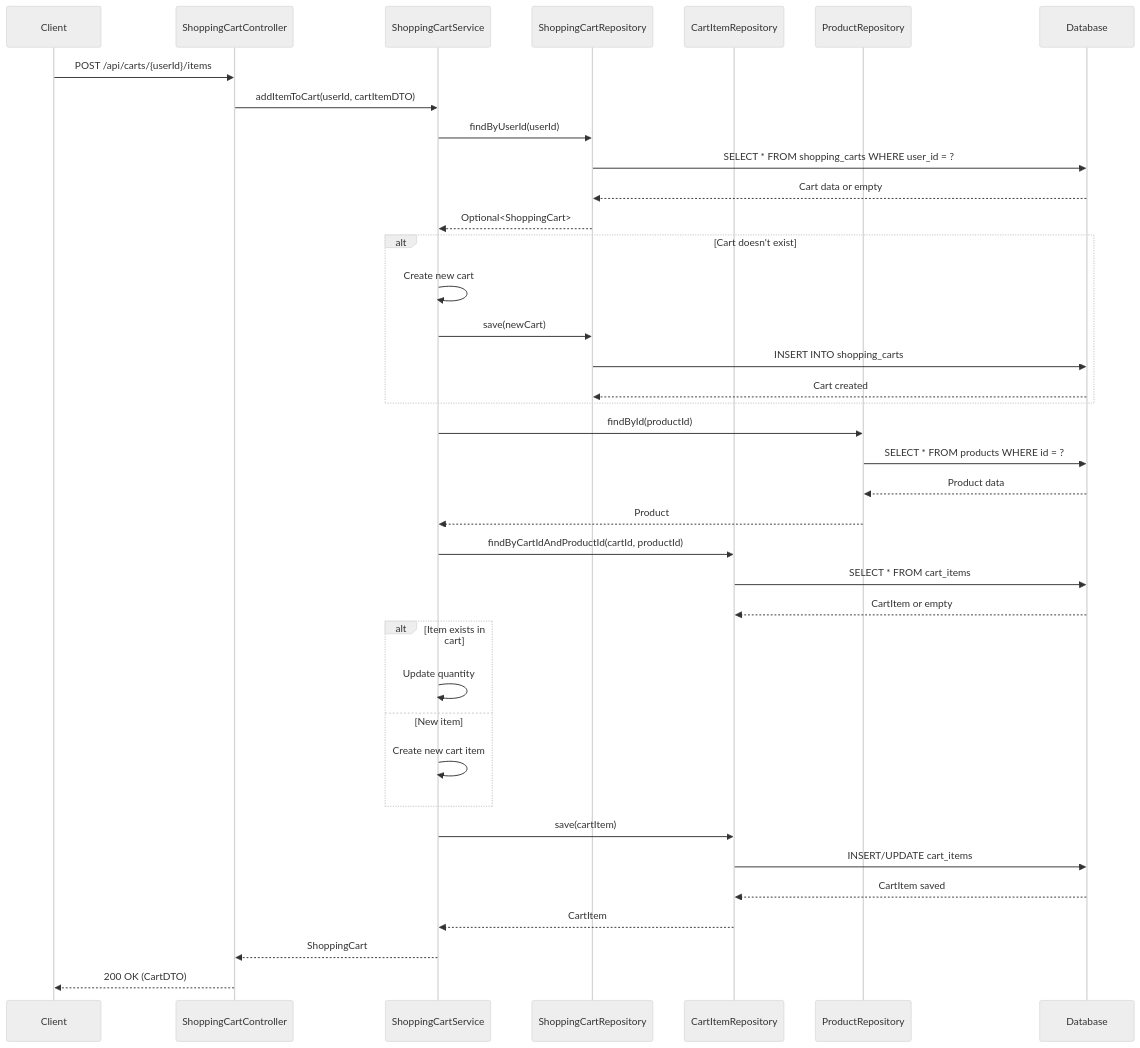
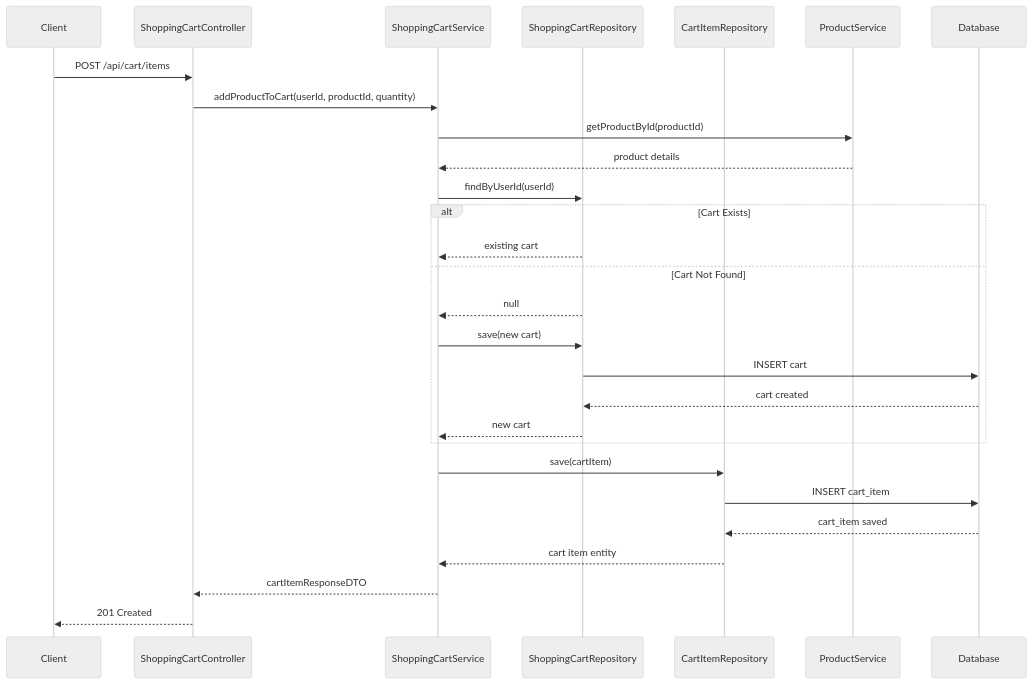
One commit to NavneetBN47/aava-ecom-demo changed the tenth of 13 diagrams in docs/LLD/modified_lld.md. Above: the diagram before and after it, drawn with Mermaid (neutral theme). The commit also changed other lines of this file, not shown here.

````diff
--- a/docs/LLD/modified_lld.md
+++ b/docs/LLD/modified_lld.md
@@ -482,47 +483,31 @@
 ```mermaid
 sequenceDiagram
     participant Client
     participant ShoppingCartController
     participant ShoppingCartService
     participant ShoppingCartRepository
     participant CartItemRepository
-    participant ProductRepository
+    participant ProductService
     participant Database
 
-    Client->>ShoppingCartController: POST /api/carts/{userId}/items
-    ShoppingCartController->>ShoppingCartService: addItemToCart(userId, cartItemDTO)
+    Client->>ShoppingCartController: POST /api/cart/items
+    ShoppingCartController->>ShoppingCartService: addProductToCart(userId, productId, quantity)
+    ShoppingCartService->>ProductService: getProductById(productId)
+    ProductService-->>ShoppingCartService: product details
     ShoppingCartService->>ShoppingCartRepository: findByUserId(userId)
-    ShoppingCartRepository->>Database: SELECT * FROM shopping_carts WHERE user_id = ?
-    Database-->>ShoppingCartRepository: Cart data or empty
-    ShoppingCartRepository-->>ShoppingCartService: Optional<ShoppingCart>
-    
-    alt Cart doesn't exist
-        ShoppingCartService->>ShoppingCartService: Create new cart
-        ShoppingCartService->>ShoppingCartRepository: save(newCart)
-        ShoppingCartRepository->>Database: INSERT INTO shopping_carts
-        Database-->>ShoppingCartRepository: Cart created
+    alt Cart Exists
+        ShoppingCartRepository-->>ShoppingCartService: existing cart
+    else Cart Not Found
+        ShoppingCartRepository-->>ShoppingCartService: null
+        ShoppingCartService->>ShoppingCartRepository: save(new cart)
+        ShoppingCartRepository->>Database: INSERT cart
+        Database-->>ShoppingCartRepository: cart created
+        ShoppingCartRepository-->>ShoppingCartService: new cart
     end
-    
-    ShoppingCartService->>ProductRepository: findById(productId)
-    ProductRepository->>Database: SELECT * FROM products WHERE id = ?
-    Database-->>ProductRepository: Product data
-    ProductRepository-->>ShoppingCartService: Product
-    
-    ShoppingCartService->>CartItemRepository: findByCartIdAndProductId(cartId, productId)
-    CartItemRepository->>Database: SELECT * FROM cart_items
-    Database-->>CartItemRepository: CartItem or empty
-    
-    alt Item exists in cart
-        ShoppingCartService->>ShoppingCartService: Update quantity
-    else New item
-        ShoppingCartService->>ShoppingCartService: Create new cart item
-    end
-    
     ShoppingCartService->>CartItemRepository: save(cartItem)
-    CartItemRepository->>Database: INSERT/UPDATE cart_items
-    Database-->>CartItemRepository: CartItem saved
-    CartItemRepository-->>ShoppingCartService: CartItem
-    
-    ShoppingCartService-->>ShoppingCartController: ShoppingCart
-    ShoppingCartController-->>Client: 200 OK (CartDTO)
+    CartItemRepository->>Database: INSERT cart_item
+    Database-->>CartItemRepository: cart_item saved
+    CartItemRepository-->>ShoppingCartService: cart item entity
+    ShoppingCartService-->>ShoppingCartController: cartItemResponseDTO
+    ShoppingCartController-->>Client: 201 Created
 ```
````
